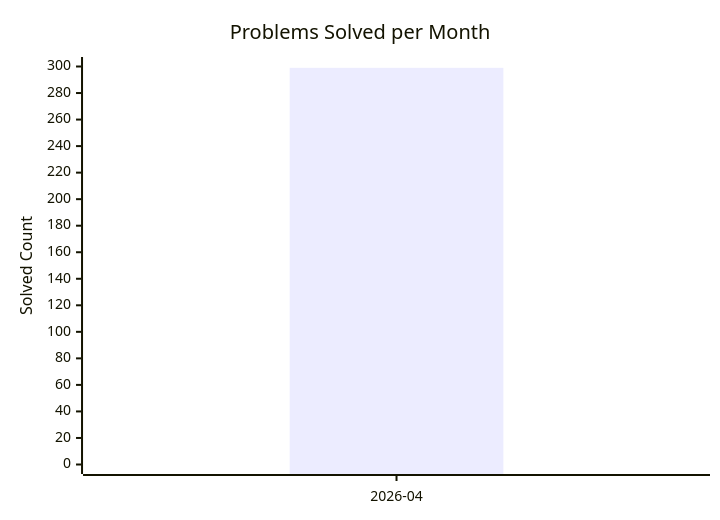
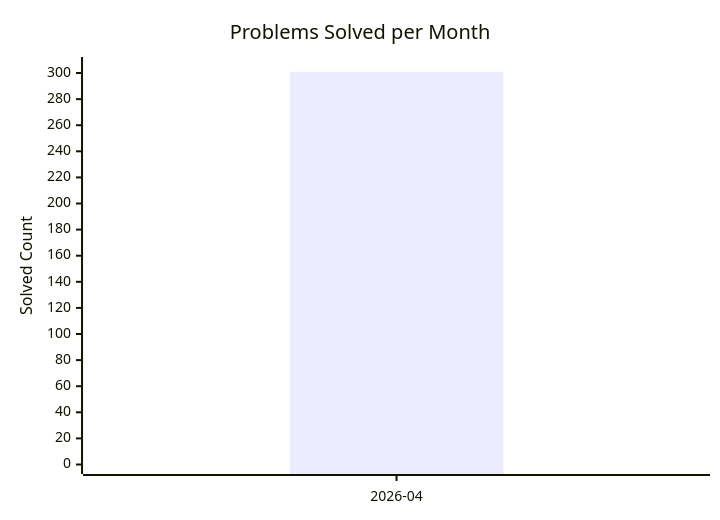
Before and after one commit to AdityaPandey-DEV/CP-Progress-Sync: the diagram in dashboard.md, drawn with Mermaid. The commit also changed other lines of this file, not shown here.

Commit message:
Auto-update CP dashboard [skip ci]

````diff
--- a/dashboard.md
+++ b/dashboard.md
@@ -8,8 +8,8 @@
 ```mermaid
 xychart-beta
     title "Problems Solved per Month"
     x-axis ["2026-04"]
-    y-axis "Solved Count" 0 --> 300
-    bar [299]
-    line [299]
+    y-axis "Solved Count" 0 --> 305
+    bar [301]
+    line [301]
 ```
````
